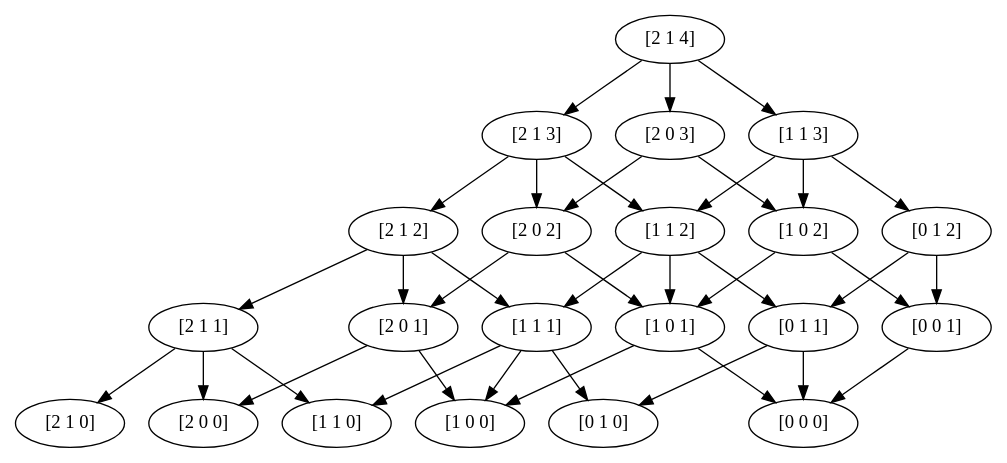
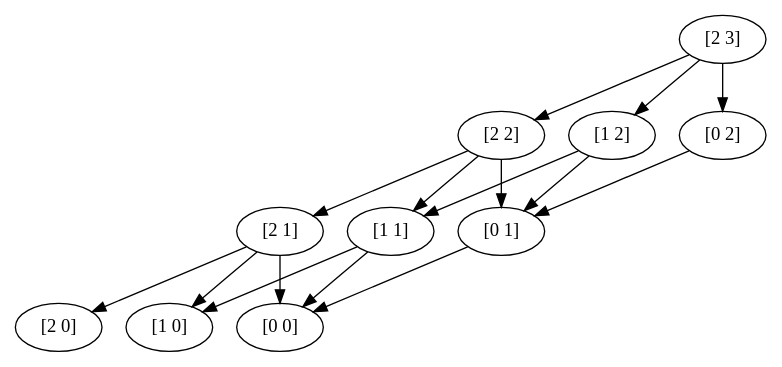
Before and after one commit to rb4k/DP-RM-with-storage: the diagram in test.dot, drawn with Graphviz. The commit also changed 20 other files, not shown here.

```diff
--- a/test.dot
+++ b/test.dot
@@ -1,339 +1,148 @@
 digraph  {
 	node [label="\N"];
-	0	 [capacity="[2 1]",
-		label="[2 1 0]",
+	0	 [capacity="[2]",
+		label="[2 0]",
 		time=0,
 		value=0];
-	1	 [capacity="[2 1]",
-		label="[2 1 1]",
+	1	 [capacity="[2]",
+		label="[2 1]",
 		time=1,
-		value=70.0];
+		value=60.0];
 	1 -> 0 [key=0,
-	goal="[2 1 0]",
+	goal="[2 0]",
 	not_best_politic=True,
 	revenue=0,
 	time=1,
 	weight=0,
 	weight_goal=0];
-5 [capacity="[2 0]",
-	label="[2 0 0]",
+4 [capacity="[1]",
+	label="[1 0]",
 	time=0,
 	value=0];
-1 -> 5 [key=2,
-goal="[2 0 0]",
-not_best_politic=False,
-revenue=200,
-time=1,
-weight=200,
-weight_goal=0];
-10 [capacity="[1 1]",
-label="[1 1 0]",
-time=0,
-value=0];
-1 -> 10 [key=1,
-goal="[1 1 0]",
+1 -> 4 [key=1,
+goal="[1 0]",
 not_best_politic=True,
 revenue=100,
 time=1,
 weight=100,
 weight_goal=0];
-2 [capacity="[2 1]",
-label="[2 1 2]",
+8 [capacity="[0]",
+label="[0 0]",
+time=0,
+value=0];
+1 -> 8 [key=2,
+goal="[0 0]",
+not_best_politic=False,
+revenue=500,
+time=1,
+weight=500,
+weight_goal=0];
+2 [capacity="[2]",
+label="[2 2]",
 time=2,
-value=138.0];
+value=109.0];
 2 -> 1 [key=0,
-goal="[2 1 1]",
+goal="[2 1]",
 not_best_politic=True,
 revenue=0,
 time=2,
 weight=0,
-weight_goal=70.0];
-6 [capacity="[2 0]",
-label="[2 0 1]",
+weight_goal=60.0];
+5 [capacity="[1]",
+label="[1 1]",
 time=1,
-value=50.0];
-2 -> 6 [key=2,
-goal="[2 0 1]",
-not_best_politic=False,
-revenue=200,
-time=2,
-weight=180.0,
-weight_goal=50.0];
-11 [capacity="[1 1]",
-label="[1 1 1]",
-time=1,
-value=70.0];
-2 -> 11 [key=1,
-goal="[1 1 1]",
+value=10.0];
+2 -> 5 [key=1,
+goal="[1 1]",
 not_best_politic=True,
 revenue=100,
 time=2,
-weight=100.0,
-weight_goal=70.0];
-3 [capacity="[2 1]",
-label="[2 1 3]",
+weight=50.0,
+weight_goal=10.0];
+9 [capacity="[0]",
+label="[0 1]",
+time=1,
+value=0.0];
+2 -> 9 [key=2,
+goal="[0 1]",
+not_best_politic=False,
+revenue=500,
+time=2,
+weight=440.0,
+weight_goal=0.0];
+3 [capacity="[2]",
+label="[2 3]",
 time=3,
-value=191.69];
+value=149.09];
 3 -> 2 [key=0,
-goal="[2 1 2]",
+goal="[2 2]",
 not_best_politic=True,
 revenue=0,
 time=3,
 weight=0,
-weight_goal=138.0];
-7 [capacity="[2 0]",
-label="[2 0 2]",
+weight_goal=109.0];
+6 [capacity="[1]",
+label="[1 2]",
 time=2,
-value=100.0];
-3 -> 7 [key=2,
-goal="[2 0 2]",
-not_best_politic=False,
-revenue=200,
-time=3,
-weight=162.0,
-weight_goal=100.0];
-12 [capacity="[1 1]",
-label="[1 1 2]",
-time=2,
-value=113.0];
-3 -> 12 [key=1,
-goal="[1 1 2]",
+value=19.0];
+3 -> 6 [key=1,
+goal="[1 2]",
 not_best_politic=True,
 revenue=100,
 time=3,
-weight=75.0,
-weight_goal=113.0];
-4 [capacity="[2 1]",
-label="[2 1 4]",
-time=4,
-value=231.25];
-4 -> 3 [key=0,
-goal="[2 1 3]",
+weight=10.0,
+weight_goal=19.0];
+10 [capacity="[0]",
+label="[0 2]",
+time=2,
+value=0.0];
+3 -> 10 [key=2,
+goal="[0 2]",
+not_best_politic=False,
+revenue=500,
+time=3,
+weight=391.0,
+weight_goal=0.0];
+5 -> 4 [key=0,
+goal="[1 0]",
 not_best_politic=True,
 revenue=0,
-time=4,
+time=1,
 weight=0,
-weight_goal=191.69];
-8 [capacity="[2 0]",
-label="[2 0 3]",
-time=3,
-value=137.5];
-4 -> 8 [key=2,
-goal="[2 0 3]",
+weight_goal=0];
+5 -> 8 [key=1,
+goal="[0 0]",
 not_best_politic=False,
-revenue=200,
-time=4,
-weight=145.81,
-weight_goal=137.5];
-13 [capacity="[1 1]",
-label="[1 1 3]",
-time=3,
-value=141.7];
-4 -> 13 [key=1,
-goal="[1 1 3]",
+revenue=100,
+time=1,
+weight=100,
+weight_goal=0];
+6 -> 5 [key=0,
+goal="[1 1]",
+not_best_politic=False,
+revenue=0,
+time=2,
+weight=0,
+weight_goal=10.0];
+6 -> 9 [key=1,
+goal="[0 1]",
 not_best_politic=True,
 revenue=100,
-time=4,
-weight=50.01,
-weight_goal=141.7];
-6 -> 5 [key=0,
-goal="[2 0 0]",
+time=2,
+weight=90.0,
+weight_goal=0.0];
+9 -> 8 [key=0,
+goal="[0 0]",
 not_best_politic=False,
 revenue=0,
 time=1,
 weight=0,
 weight_goal=0];
-15 [capacity="[1 0]",
-label="[1 0 0]",
-time=0,
-value=0];
-6 -> 15 [key=1,
-goal="[1 0 0]",
-not_best_politic=True,
-revenue=100,
-time=1,
-weight=100,
-weight_goal=0];
-7 -> 6 [key=0,
-goal="[2 0 1]",
+10 -> 9 [key=0,
+goal="[0 1]",
 not_best_politic=False,
 revenue=0,
 time=2,
 weight=0,
-weight_goal=50.0];
-16 [capacity="[1 0]",
-label="[1 0 1]",
-time=1,
-value=50.0];
-7 -> 16 [key=1,
-goal="[1 0 1]",
-not_best_politic=True,
-revenue=100,
-time=2,
-weight=100.0,
-weight_goal=50.0];
-8 -> 7 [key=0,
-goal="[2 0 2]",
-not_best_politic=True,
-revenue=0,
-time=3,
-weight=0,
-weight_goal=100.0];
-17 [capacity="[1 0]",
-label="[1 0 2]",
-time=2,
-value=75.0];
-8 -> 17 [key=1,
-goal="[1 0 2]",
-not_best_politic=False,
-revenue=100,
-time=3,
-weight=75.0,
-weight_goal=75.0];
-11 -> 10 [key=0,
-goal="[1 1 0]",
-not_best_politic=True,
-revenue=0,
-time=1,
-weight=0,
-weight_goal=0];
-11 -> 15 [key=2,
-goal="[1 0 0]",
-not_best_politic=False,
-revenue=200,
-time=1,
-weight=200,
-weight_goal=0];
-20 [capacity="[0 1]",
-label="[0 1 0]",
-time=0,
-value=0];
-11 -> 20 [key=1,
-goal="[0 1 0]",
-not_best_politic=True,
-revenue=100,
-time=1,
-weight=100,
-weight_goal=0];
-12 -> 11 [key=0,
-goal="[1 1 1]",
-not_best_politic=True,
-revenue=0,
-time=2,
-weight=0,
-weight_goal=70.0];
-12 -> 16 [key=2,
-goal="[1 0 1]",
-not_best_politic=False,
-revenue=200,
-time=2,
-weight=180.0,
-weight_goal=50.0];
-21 [capacity="[0 1]",
-label="[0 1 1]",
-time=1,
-value=20.0];
-12 -> 21 [key=1,
-goal="[0 1 1]",
-not_best_politic=True,
-revenue=100,
-time=2,
-weight=50.0,
-weight_goal=20.0];
-13 -> 12 [key=0,
-goal="[1 1 2]",
-not_best_politic=True,
-revenue=0,
-time=3,
-weight=0,
-weight_goal=113.0];
-13 -> 17 [key=2,
-goal="[1 0 2]",
-not_best_politic=False,
-revenue=200,
-time=3,
-weight=162.0,
-weight_goal=75.0];
-22 [capacity="[0 1]",
-label="[0 1 2]",
-time=2,
-value=38.0];
-13 -> 22 [key=1,
-goal="[0 1 2]",
-not_best_politic=True,
-revenue=100,
-time=3,
-weight=25.0,
-weight_goal=38.0];
-16 -> 15 [key=0,
-goal="[1 0 0]",
-not_best_politic=False,
-revenue=0,
-time=1,
-weight=0,
-weight_goal=0];
-25 [capacity="[0 0]",
-label="[0 0 0]",
-time=0,
-value=0];
-16 -> 25 [key=1,
-goal="[0 0 0]",
-not_best_politic=True,
-revenue=100,
-time=1,
-weight=100,
-weight_goal=0];
-17 -> 16 [key=0,
-goal="[1 0 1]",
-not_best_politic=False,
-revenue=0,
-time=2,
-weight=0,
-weight_goal=50.0];
-26 [capacity="[0 0]",
-label="[0 0 1]",
-time=1,
-value=0.0];
-17 -> 26 [key=1,
-goal="[0 0 1]",
-not_best_politic=True,
-revenue=100,
-time=2,
-weight=50.0,
 weight_goal=0.0];
-21 -> 20 [key=0,
-goal="[0 1 0]",
-not_best_politic=True,
-revenue=0,
-time=1,
-weight=0,
-weight_goal=0];
-21 -> 25 [key=2,
-goal="[0 0 0]",
-not_best_politic=False,
-revenue=200,
-time=1,
-weight=200,
-weight_goal=0];
-22 -> 21 [key=0,
-goal="[0 1 1]",
-not_best_politic=True,
-revenue=0,
-time=2,
-weight=0,
-weight_goal=20.0];
-22 -> 26 [key=2,
-goal="[0 0 1]",
-not_best_politic=False,
-revenue=200,
-time=2,
-weight=180.0,
-weight_goal=0.0];
-26 -> 25 [key=0,
-goal="[0 0 0]",
-not_best_politic=False,
-revenue=0,
-time=1,
-weight=0,
-weight_goal=0];
 }
```
